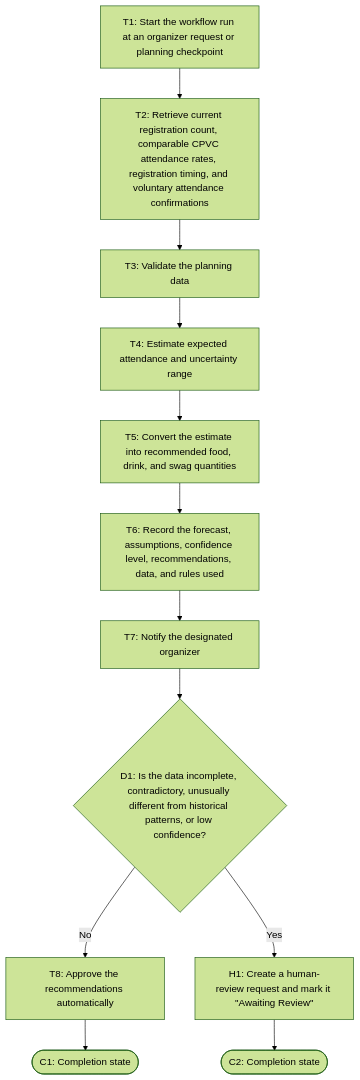
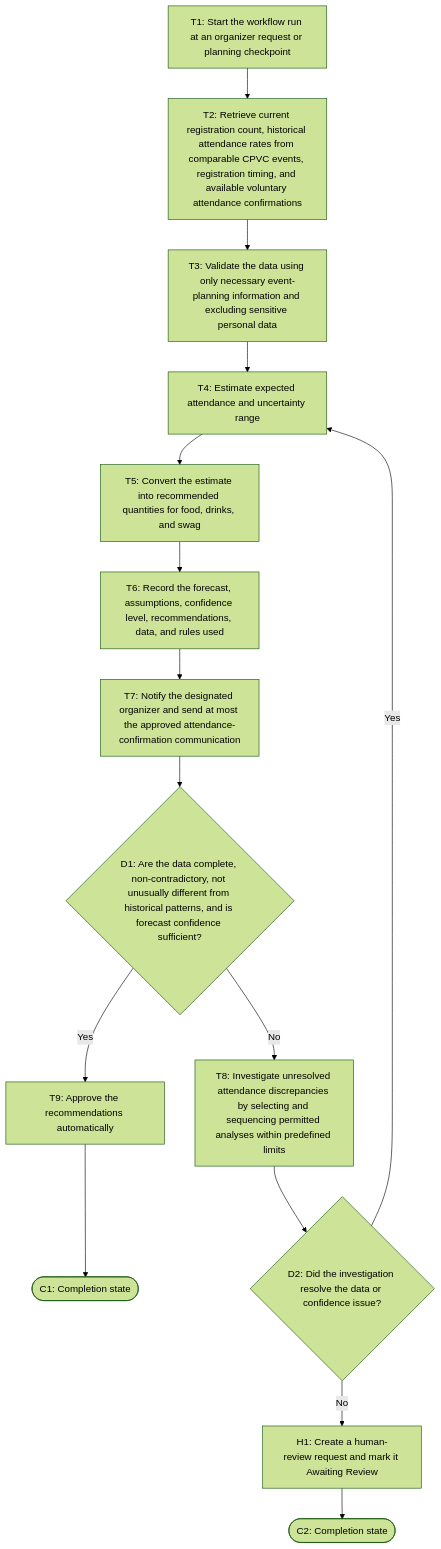
The diagram in my_first_agent/agent/workflow-of-tasks.md (pghosh-101/BUS4498_InClass_Builds), drawn with Mermaid (forest theme) before and after one commit. The commit also changed other lines of this file, not shown here.

Commit message:
Complete Friday Build 01 Part 2 workflow

````diff
--- a/my_first_agent/agent/workflow-of-tasks.md
+++ b/my_first_agent/agent/workflow-of-tasks.md
@@ -21,14 +23,17 @@
 ```mermaid
 flowchart TD
-    T1["T1: Start the workflow run at an organizer request or planning checkpoint"] --> T2["T2: Retrieve current registration count, comparable CPVC attendance rates, registration timing, and voluntary attendance confirmations"]
-    T2 --> T3["T3: Validate the planning data"]
+    T1["T1: Start the workflow run at an organizer request or planning checkpoint"] --> T2["T2: Retrieve current registration count, historical attendance rates from comparable CPVC events, registration timing, and available voluntary attendance confirmations"]
+    T2 --> T3["T3: Validate the data using only necessary event-planning information and excluding sensitive personal data"]
     T3 --> T4["T4: Estimate expected attendance and uncertainty range"]
-    T4 --> T5["T5: Convert the estimate into recommended food, drink, and swag quantities"]
+    T4 --> T5["T5: Convert the estimate into recommended quantities for food, drinks, and swag"]
     T5 --> T6["T6: Record the forecast, assumptions, confidence level, recommendations, data, and rules used"]
-    T6 --> T7["T7: Notify the designated organizer"]
-    T7 --> D1{"D1: Is the data incomplete, contradictory, unusually different from historical patterns, or low confidence?"}
-    D1 -->|No| T8["T8: Approve the recommendations automatically"]
-    D1 -->|Yes| H1["H1: Create a human-review request and mark it &quot;Awaiting Review&quot;"]
-    T8 --> C1([C1: Completion state])
+    T6 --> T7["T7: Notify the designated organizer and send at most the approved attendance-confirmation communication"]
+    T7 --> D1{"D1: Are the data complete, non-contradictory, not unusually different from historical patterns, and is forecast confidence sufficient?"}
+    D1 -->|Yes| T9["T9: Approve the recommendations automatically"]
+    D1 -->|No| T8["T8: Investigate unresolved attendance discrepancies by selecting and sequencing permitted analyses within predefined limits"]
+    T8 --> D2{"D2: Did the investigation resolve the data or confidence issue?"}
+    D2 -->|Yes| T4
+    D2 -->|No| H1["H1: Create a human-review request and mark it Awaiting Review"]
+    T9 --> C1([C1: Completion state])
     H1 --> C2([C2: Completion state])
 ```
````
